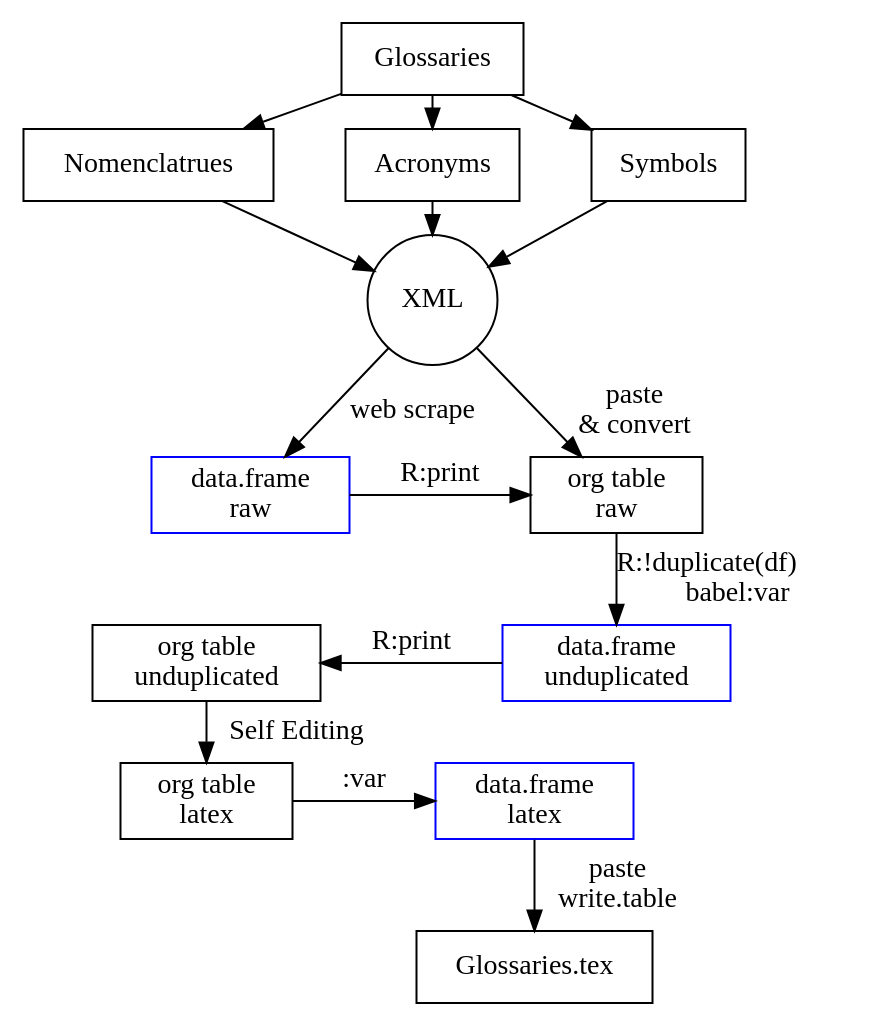
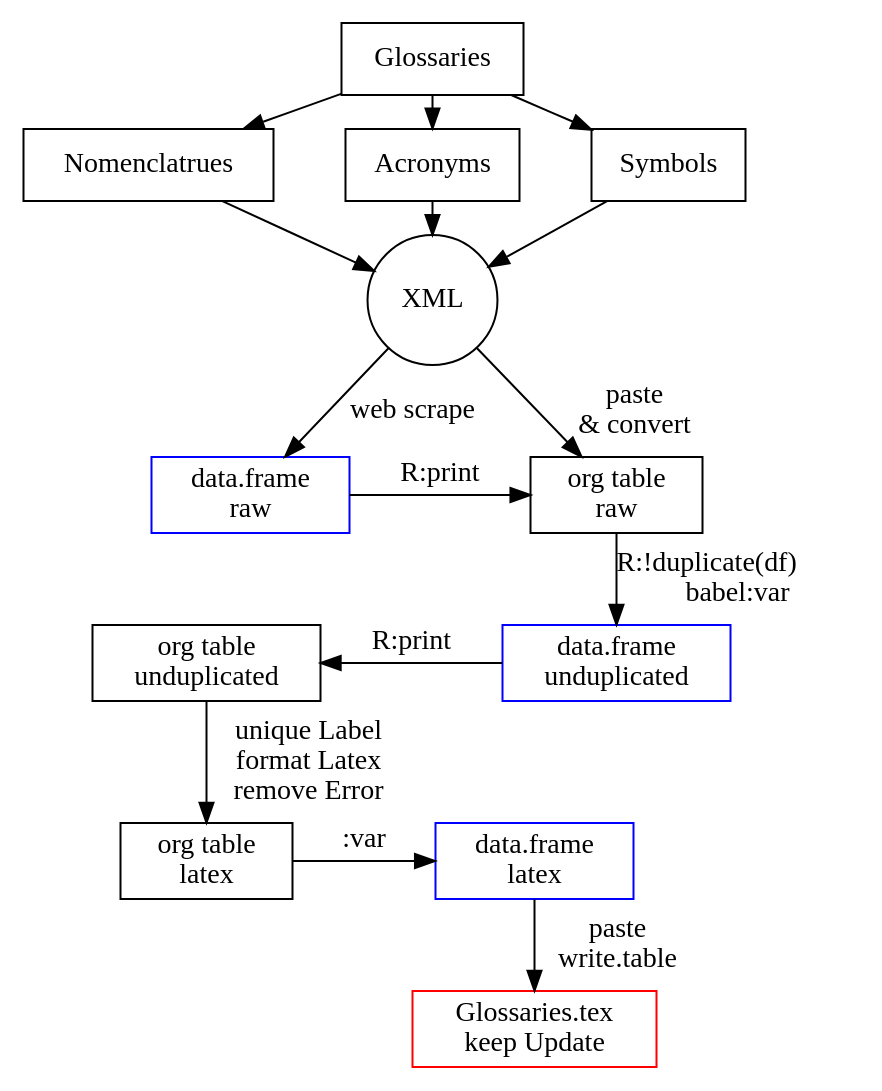
The second of 2 diagrams in note/glossaR.org (bwtian/glossaR), drawn with Graphviz before and after one commit. The commit also changed other lines of this file and 1 other file, not shown here.

Commit message:
- ‘note/.#glossaR.org’ / ‘note/glossaR.org’

```diff
--- a/note/glossaR.org
+++ b/note/glossaR.org
@@ -42,37 +42,37 @@
 #+BEGIN_SRC dot :file orgAndR.svg 
   digraph { 
   fontname="Times"; 
   fontsize = 12; 
   splines = false; 
   ranksep = 0.2; 
   nodesep = 0.5; 
   node [shape = box] 
   //1. set node 
   gls [label = "Glossaries"]
   nomencl[label = "Nomenclatrues"]
   acro [label = "Acronyms"]
   symbol [label = "Symbols"]
   xml [label = "XML", shape = circle]
   df0 [label = "data.frame \n raw", color = blue]
   df1 [label = "data.frame \n unduplicated", color = blue]
   df2 [label = "data.frame \n latex",color = blue]
   orgTable0 [label = "org table \n raw "]
   orgTable1 [label = "org table \n unduplicated"]
   orgTable2 [label = "org table \n latex"]
-  glsfile [label = "Glossaries.tex"]
+  glsfile [label = "Glossaries.tex \n keep Update", color = red, fill=gray]
   //2. set path 
   gls -> {acro, nomencl, symbol} -> xml
   xml -> df0 [label = " web scrape"]
   xml -> orgTable0 [label = " paste \n& convert"]
   df0 -> orgTable0 [label = " R:print"]
   orgTable0 -> df1 [label = " R:!duplicate(df) \l babel:var"]
   orgTable1 -> df1 [label = " R:print", dir = back]
-  orgTable1 -> orgTable2 [label = " Self Editing"]
-  orgTable2 -> df2 [label = ":var"]
-  df2 -> glsfile [label= " paste\n write.table"]
+  orgTable1 -> orgTable2 [label = " unique Label \n format Latex \n remove Error"]
+  orgTable2 -> df2 [label = ":var "]
+  df2 -> glsfile [label= " paste\n write.table", weight = 10]
   //3. set rank 
   {rank = same; df0, orgTable0} 
   {rank = same; df1, orgTable1} 
   {rank = same; df2, orgTable2} 
   }
 #+END_SRC
```
